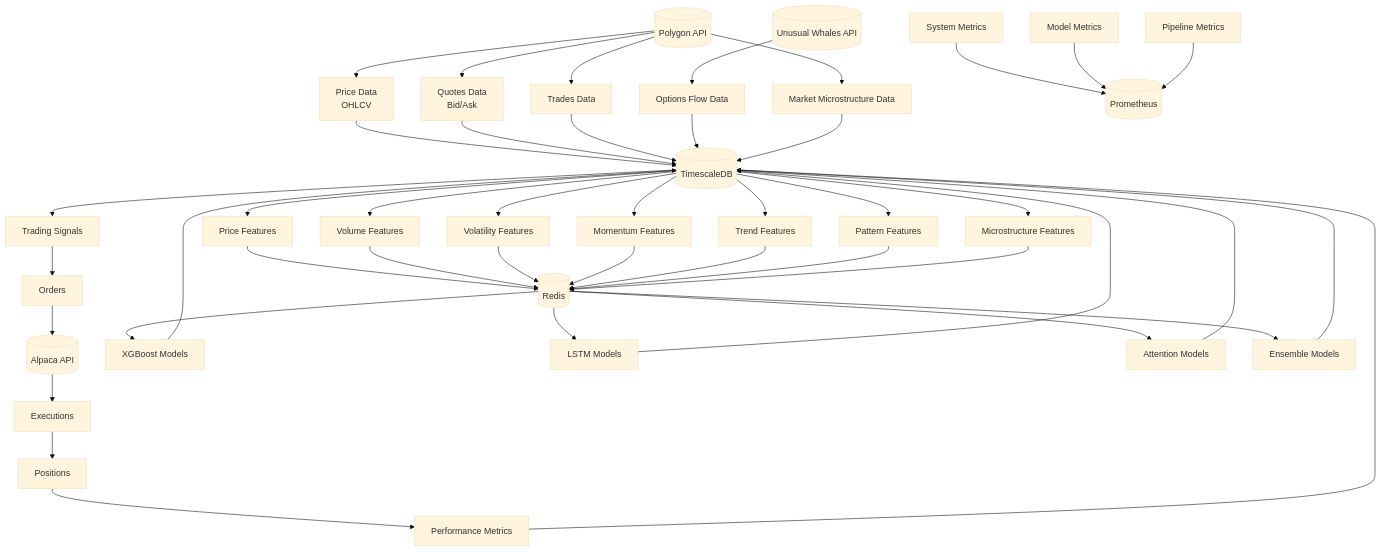
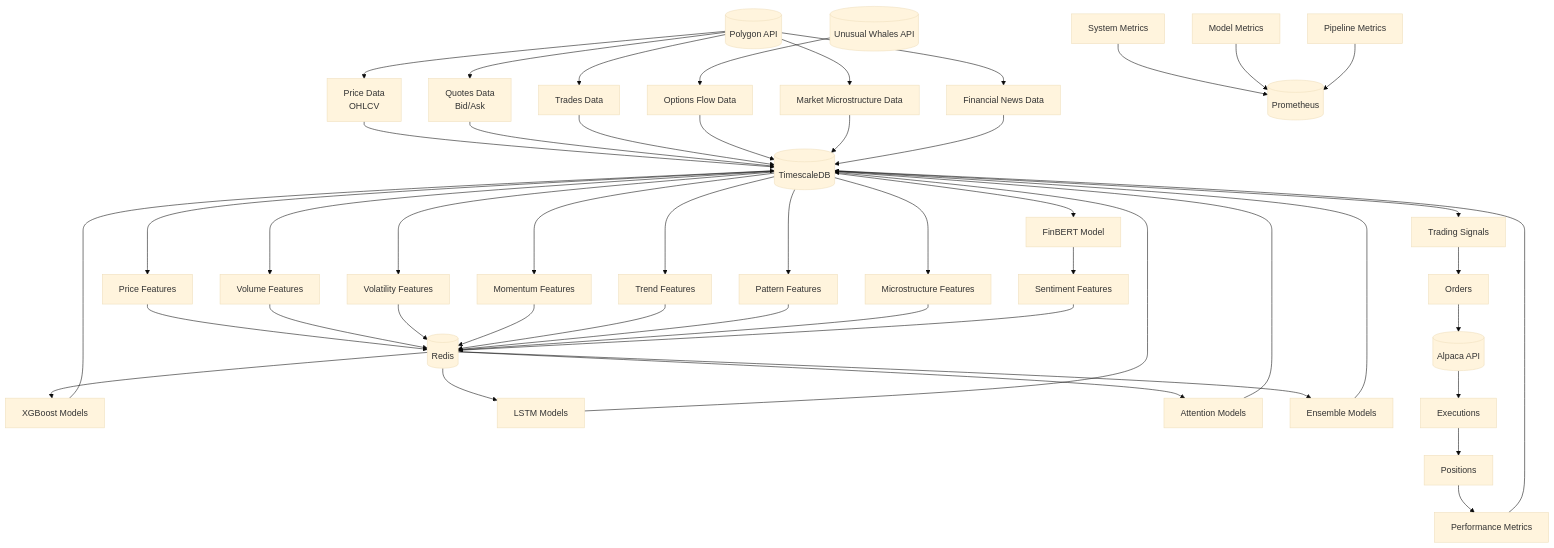
One commit to Slusheeking/INAVVI_0.0.1 changed diagram 18 of 18 in autonomous_trading_system/docs/03_autonomous_trading_system_workflow.md. Above: the diagram before and after it, drawn with Mermaid (base theme). The commit also changed other lines of this file and 1393 other files, not shown here.

Commit message:
Add FinBERT sentiment analysis and GPU hardware support

```diff
--- a/autonomous_trading_system/docs/03_autonomous_trading_system_workflow.md
+++ b/autonomous_trading_system/docs/03_autonomous_trading_system_workflow.md
@@ -836,6 +851,7 @@
     TRADES[Trades Data]
     OPTIONS[Options Flow Data]
     MICRO[Market Microstructure Data]
+    NEWS[Financial News Data]
     
     %% Features
     PRICE[Price Features]
@@ -845,12 +861,14 @@
     TREND[Trend Features]
     PATTERN[Pattern Features]
     MICRO_F[Microstructure Features]
+    SENTIMENT[Sentiment Features]
     
     %% Models
     XGB[XGBoost Models]
     LSTM[LSTM Models]
     ATTENTION[Attention Models]
     ENSEMBLE[Ensemble Models]
+    FINBERT[FinBERT Model]
     
     %% Trading
     SIGNALS[Trading Signals]
@@ -875,12 +893,14 @@
     PA --> TRADES
     UW --> OPTIONS
     PA --> MICRO
+    PA --> NEWS
     
     OHLCV --> TS1
     QUOTES --> TS1
     TRADES --> TS1
     OPTIONS --> TS1
     MICRO --> TS1
+    NEWS --> TS1
     
     TS1 --> PRICE
     TS1 --> VOLUME
@@ -889,6 +909,8 @@
     TS1 --> TREND
     TS1 --> PATTERN
     TS1 --> MICRO_F
+    TS1 --> FINBERT
+    FINBERT --> SENTIMENT
     
     PRICE --> RD
     VOLUME --> RD
@@ -897,6 +919,7 @@
     TREND --> RD
     PATTERN --> RD
     MICRO_F --> RD
+    SENTIMENT --> RD
     
     RD --> XGB
     RD --> LSTM
```
